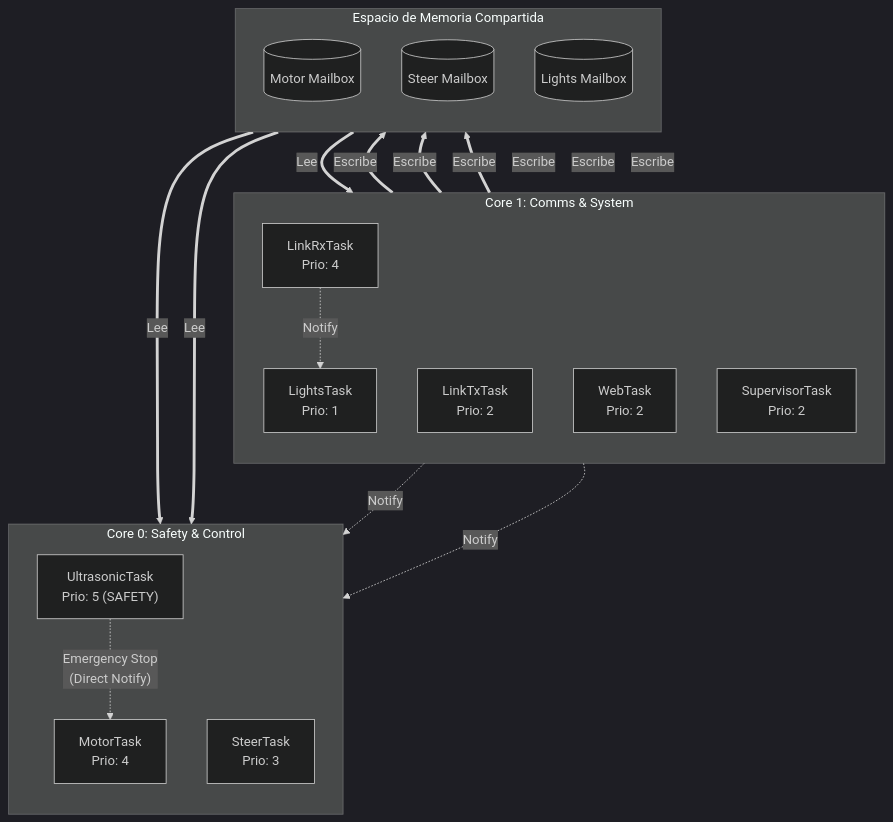
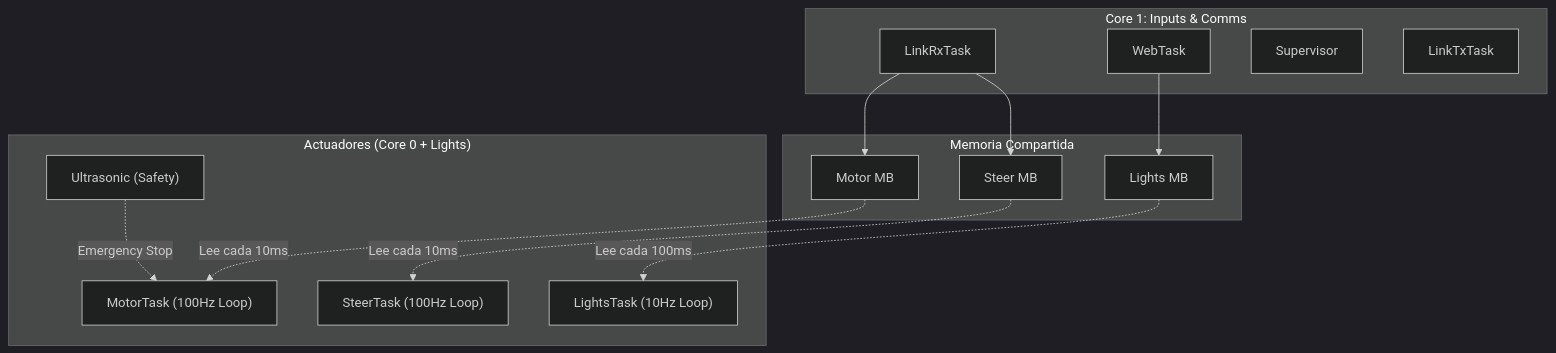
Before and after one commit to Robot-Autonomo-de-Laboratorio-BFMC/embedded: the second of 2 diagrams in README.md, drawn with Mermaid (dark theme). The commit also changed other lines of this file, not shown here.

First line of the commit message:
Revise Software Architecture Document for v2.0.0

````diff
--- a/README.md
+++ b/README.md
@@ -122,46 +106,39 @@
 ```mermaid
 graph TD
-    subgraph Core1 ["Core 1: Comms & System"]
-        direction TB
-        LGT[LightsTask<br/>Prio: 1]
-        RX[LinkRxTask<br/>Prio: 4]
-        TX[LinkTxTask<br/>Prio: 2]
-        WEB[WebTask<br/>Prio: 2]
-        SUP[SupervisorTask<br/>Prio: 2]
+    %% === CAPA SUPERIOR: ENTRADAS (CORE 1) ===
+    subgraph Core1 ["Core 1: Inputs & Comms"]
+        RX[LinkRxTask]
+        WEB[WebTask]
+        SUP[Supervisor]
+        TX[LinkTxTask]
     end
 
-    subgraph Shared ["Espacio de Memoria Compartida"]
-        direction TB
-        MB_MOT[("Motor Mailbox")]
-        MB_STR[("Steer Mailbox")]
-        MB_LGT[("Lights Mailbox")]
+    %% === CAPA MEDIA: ALMACENAMIENTO ===
+    subgraph Shared ["Memoria Compartida"]
+        MB_MOT[Motor MB]
+        MB_STR[Steer MB]
+        MB_LGT[Lights MB]
     end
 
-    subgraph Core0 ["Core 0: Safety & Control"]
-        direction TB
-        US["UltrasonicTask<br/>Prio: 5 (SAFETY)"]
-        MOT[MotorTask<br/>Prio: 4]
-        STR[SteerTask<br/>Prio: 3]
+    %% === CAPA INFERIOR: SALIDAS (CORE 0) ===
+    subgraph Actuators ["Actuadores (Core 0 + Lights)"]
+        US["Ultrasonic (Safety)"]
+        MOT["MotorTask (100Hz Loop)"]
+        STR["SteerTask (100Hz Loop)"]
+        LGT["LightsTask (10Hz Loop)"]
     end
 
-    %% Relaciones de Escritura de Datos
-    RX ==>|"Escribe"| MB_MOT
-    RX ==>|"Escribe"| MB_STR
-    RX ==>|"Escribe"| MB_LGT
-    WEB ~~~|"Escribe"| MB_MOT
-    WEB ~~~|"Escribe"| MB_STR
-    WEB ~~~|"Escribe"| MB_LGT
+    %% === FLUJO DE DATOS ===
+    RX --> MB_MOT
+    RX --> MB_STR
+    WEB --> MB_LGT
     
-    %% Relaciones de Notificación (Eventos)
-    RX -.->|"Notify"| MOT
-    RX -.->|"Notify"| STR
-    RX -.->|"Notify"| LGT
+    %% === LECTURA PERIÓDICA (POLLING) ===
+    %% Las líneas punteadas indican lectura asíncrona
+    MB_MOT -.->|"Lee cada 10ms"| MOT
+    MB_STR -.->|"Lee cada 10ms"| STR
+    MB_LGT -.->|"Lee cada 100ms"| LGT
 
-    %% Lectura
-    MB_MOT ==>|"Lee"| MOT
-    MB_STR ==>|"Lee"| STR
-    MB_LGT ==>|"Lee"| LGT
-
-    %% Intervención de Seguridad
-    US -.->|"Emergency Stop<br/>(Direct Notify)"| MOT
+    %% Seguridad
+    US -.->|"Emergency Stop"| MOT
 ```
````
